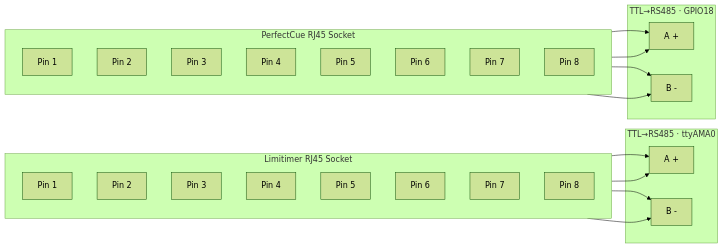
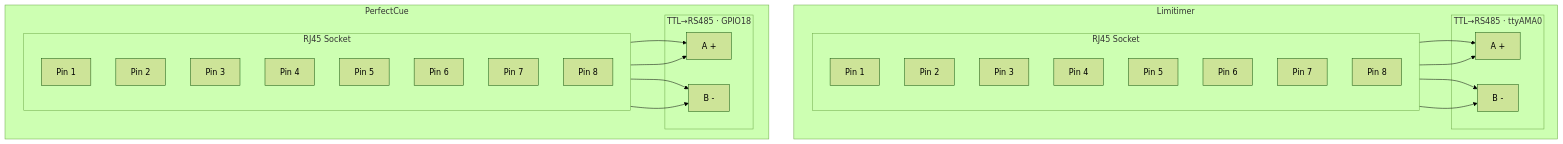
The first of 2 diagrams in README.md (jpkelly/PiTG), drawn with Mermaid (forest theme) before and after one commit.

Commit message:
Place RJ45 Mermaid connectors side by side to reduce vertical space

````diff
--- a/README.md
+++ b/README.md
@@ -193,38 +193,43 @@
 ```mermaid
-flowchart LR
-    subgraph LIM_RJ45[Limitimer RJ45 Socket]
-        direction TB
-		L1[Pin 1]
-		L2[Pin 2]
-		L3[Pin 3]
-		L4[Pin 4]
-		L5[Pin 5]
-		L6[Pin 6]
-		L7[Pin 7]
-		L8[Pin 8]
+flowchart TB
+    subgraph LEFT[Limitimer]
+        direction LR
+        subgraph LIM_RJ45[RJ45 Socket]
+            direction TB
+            L1[Pin 1]
+            L2[Pin 2]
+            L3[Pin 3]
+            L4[Pin 4]
+            L5[Pin 5]
+            L6[Pin 6]
+            L7[Pin 7]
+            L8[Pin 8]
+        end
+        subgraph LIM_XCVR[TTL→RS485 · ttyAMA0]
+            LA[A +]
+            LB[B -]
+        end
+        L3 & L6 --> LA
+        L4 & L5 --> LB
     end
-    subgraph LIM_XCVR[TTL→RS485 · ttyAMA0]
-        LA[A +]
-        LB[B -]
+    subgraph RIGHT[PerfectCue]
+        direction LR
+        subgraph PC_RJ45[RJ45 Socket]
+            direction TB
+            P1[Pin 1]
+            P2[Pin 2]
+            P3[Pin 3]
+            P4[Pin 4]
+            P5[Pin 5]
+            P6[Pin 6]
+            P7[Pin 7]
+            P8[Pin 8]
+        end
+        subgraph PC_XCVR[TTL→RS485 · GPIO18]
+            PA[A +]
+            PB[B -]
+        end
+        P2 & P7 --> PA
+        P4 & P5 --> PB
     end
-    L3 & L6 --> LA
-    L4 & L5 --> LB
-
-    subgraph PC_RJ45[PerfectCue RJ45 Socket]
-        direction TB
-		P1[Pin 1]
-		P2[Pin 2]
-		P3[Pin 3]
-		P4[Pin 4]
-		P5[Pin 5]
-		P6[Pin 6]
-		P7[Pin 7]
-		P8[Pin 8]
-    end
-    subgraph PC_XCVR[TTL→RS485 · GPIO18]
-        PA[A +]
-        PB[B -]
-    end
-    P2 & P7 --> PA
-    P4 & P5 --> PB
 ```
````
